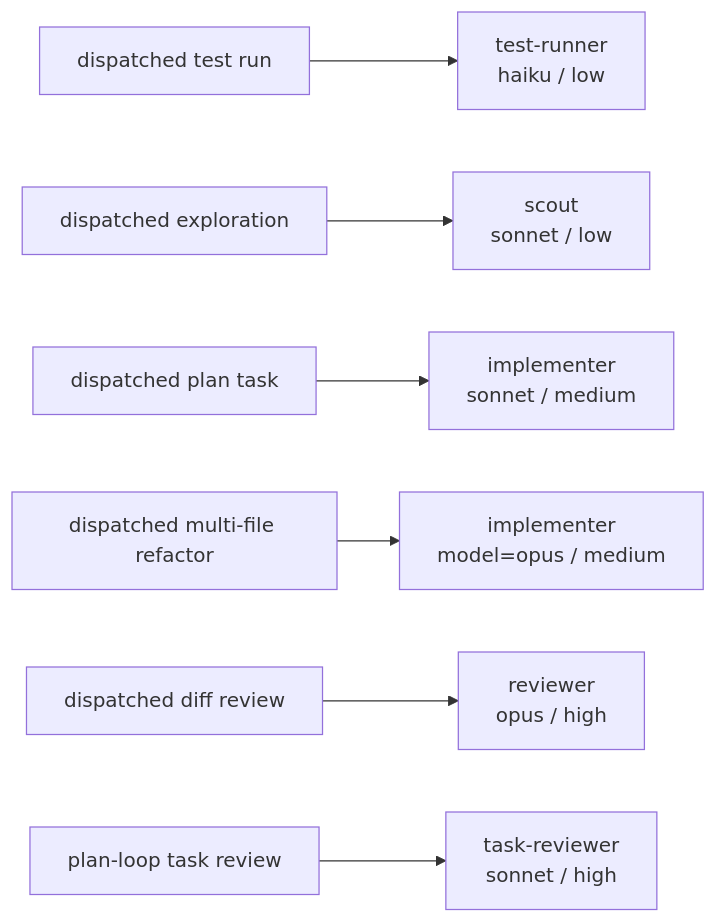
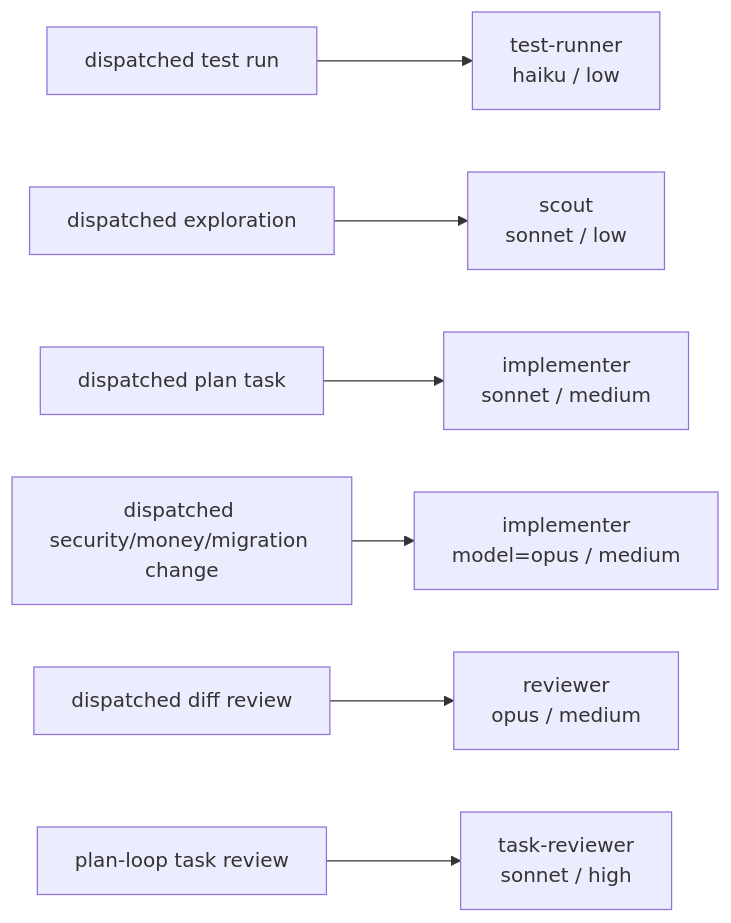
The third of 3 diagrams in README.md (AqueGen/model-routing), drawn with Mermaid before and after one commit. The commit also changed other lines of this file, not shown here.

Commit message:
docs: README matches the new implementer, reviewer and hook routing

````diff
--- a/README.md
+++ b/README.md
@@ -193,9 +194,9 @@
 ```mermaid
 flowchart LR
     A["dispatched test run"] --> TR["test-runner<br/>haiku / low"]
     B["dispatched exploration"] --> SC["scout<br/>sonnet / low"]
     C["dispatched plan task"] --> IM["implementer<br/>sonnet / medium"]
-    D["dispatched multi-file refactor"] --> IMO["implementer<br/>model=opus / medium"]
-    E["dispatched diff review"] --> RV["reviewer<br/>opus / high"]
+    D["dispatched security/money/migration change"] --> IMO["implementer<br/>model=opus / medium"]
+    E["dispatched diff review"] --> RV["reviewer<br/>opus / medium"]
     G["plan-loop task review"] --> TRV["task-reviewer<br/>sonnet / high"]
 ```
````
